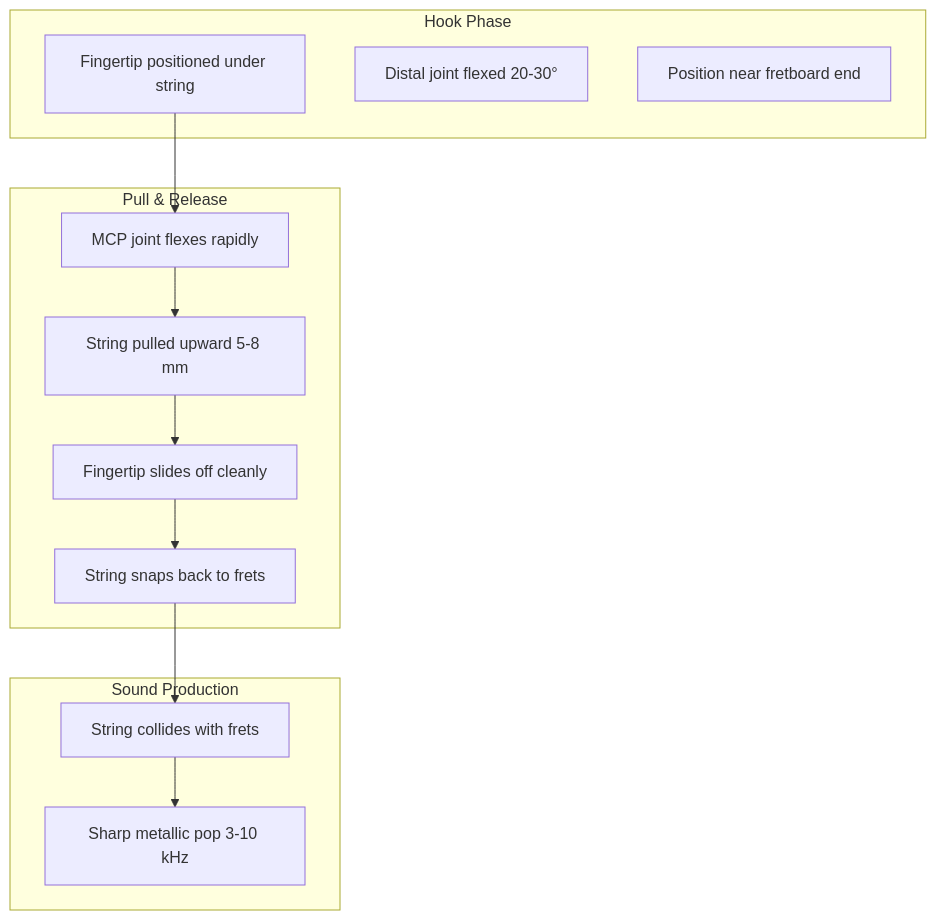
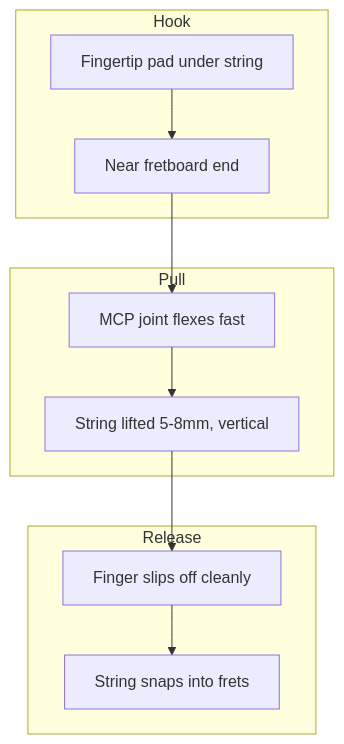
One commit to blebleblee/synapse changed the second of 2 diagrams in topics/arts/music_performance/bass_guitar/lesson_04_slap_pops_and_percussive_phrasing.md. Above: the diagram before and after it, drawn with Mermaid. The commit also changed other lines of this file and 4 other files, not shown here.

````diff
--- a/topics/arts/music_performance/bass_guitar/lesson_04_slap_pops_and_percussive_phrasing.md
+++ b/topics/arts/music_performance/bass_guitar/lesson_04_slap_pops_and_percussive_phrasing.md
@@ -94,27 +58,16 @@
 ```mermaid
 graph TD
-    subgraph sub_hook ["Hook Phase"]
-        A[Fingertip positioned under string]
-        B[Distal joint flexed 20-30°]
-        C[Position near fretboard end]
+    subgraph sub_hook ["Hook"]
+        A["Fingertip pad under string"]
+        B["Near fretboard end"]
     end
-    
-    subgraph sub_pull ["Pull & Release"]
-        D[MCP joint flexes rapidly]
-        E[String pulled upward 5-8 mm]
-        F[Fingertip slides off cleanly]
-        G[String snaps back to frets]
+    subgraph sub_pull ["Pull"]
+        C["MCP joint flexes fast"]
+        D["String lifted 5-8mm, vertical"]
     end
-    
-    subgraph sub_sound ["Sound Production"]
-        H[String collides with frets]
-        I[Sharp metallic pop 3-10 kHz]
+    subgraph sub_release ["Release"]
+        E["Finger slips off cleanly"]
+        F["String snaps into frets"]
     end
-    
-    A --> D
-    D --> E
-    E --> F
-    F --> G
-    G --> H
-    H --> I
+    A --> B --> C --> D --> E --> F
 ```
````
